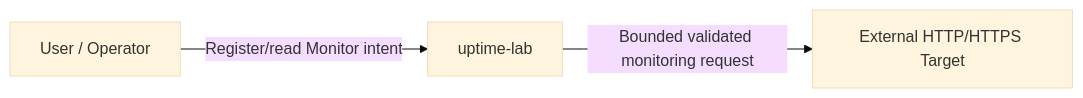
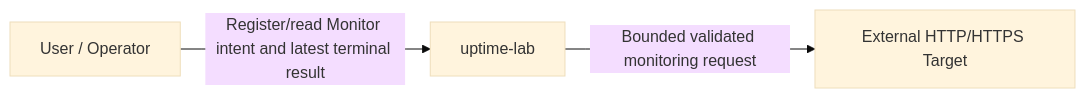
Before and after one commit to kefyusuf/uptime-lab: the diagram in docs/architecture/system-context.md, drawn with Mermaid (base theme). The commit also changed other lines of this file and 33 other files, not shown here.

First line of the commit message:
feat(api): expose latest check result (#43)

````diff
--- a/docs/architecture/system-context.md
+++ b/docs/architecture/system-context.md
@@ -53,9 +53,9 @@
 ```mermaid
 flowchart LR
     User[User / Operator]
     System[uptime-lab]
     Target[External HTTP/HTTPS Target]
 
-    User -->|Register/read Monitor intent| System
+    User -->|Register/read Monitor intent and latest terminal result| System
     System -->|Bounded validated monitoring request| Target
 ```
````
